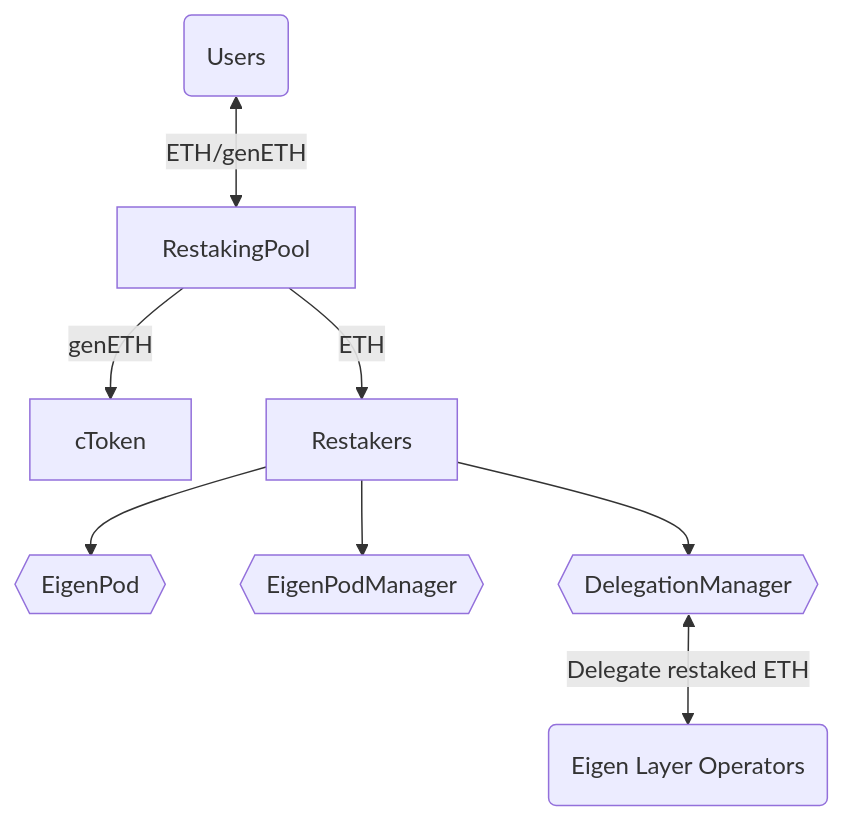
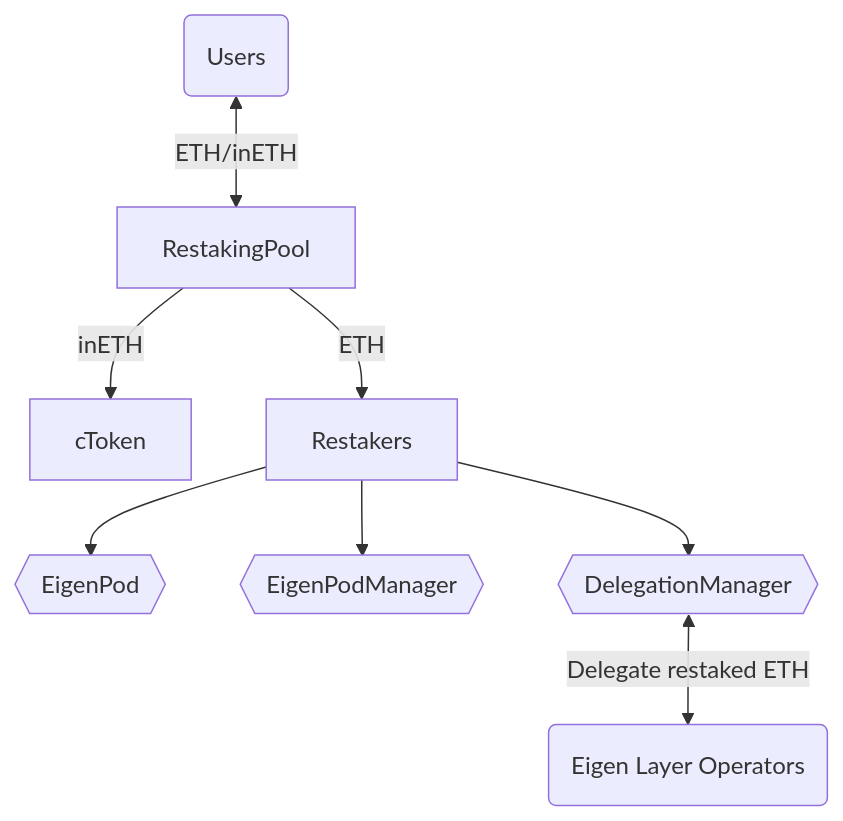
Before and after one commit to genesislrt/contracts: the diagram in projects/liquid-restaking/README.md, drawn with Mermaid. The commit also changed other lines of this file and 6 other files, not shown here.

````diff
--- a/projects/liquid-restaking/README.md
+++ b/projects/liquid-restaking/README.md
@@ -8,10 +8,10 @@
 ```mermaid
 graph TD
-    users(Users) <-- ETH/genETH --> RestakingPool
-    RestakingPool -- genETH --> cToken
+    users(Users) <-- ETH/inETH --> RestakingPool
+    RestakingPool -- inETH --> cToken
     RestakingPool -- ETH --> Restakers
     Restakers --> elPod{{EigenPod}}
     Restakers --> elPodManager{{EigenPodManager}}
     Restakers --> elDelManager{{DelegationManager}}
     elDelManager <-- Delegate restaked ETH --> eloperator(Eigen Layer Operators)
 ```
````
